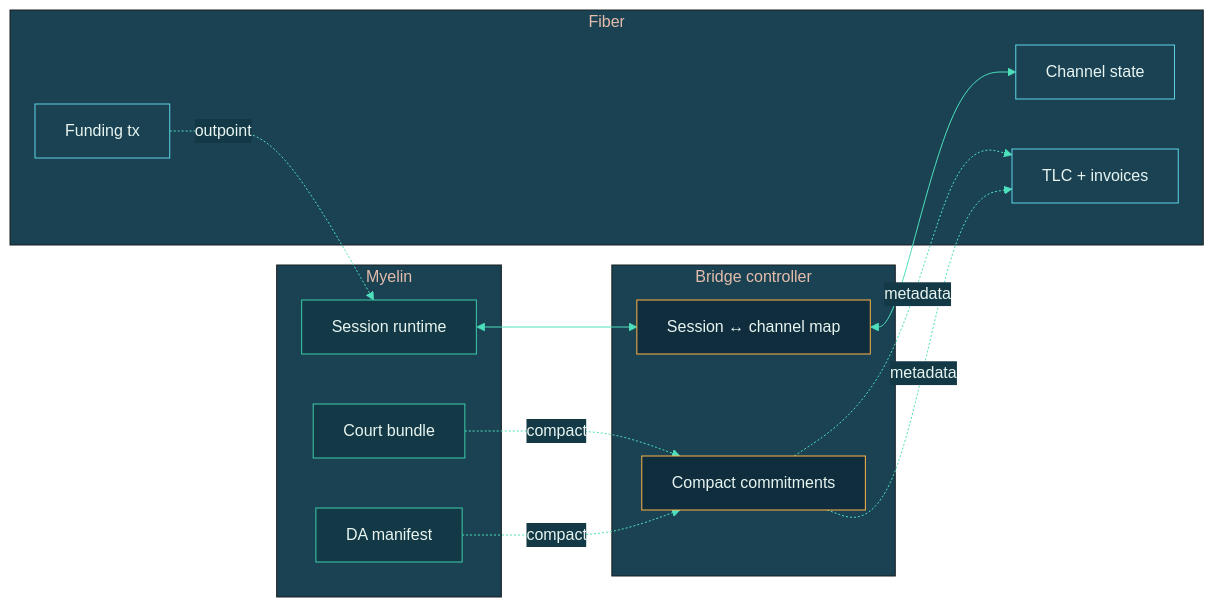
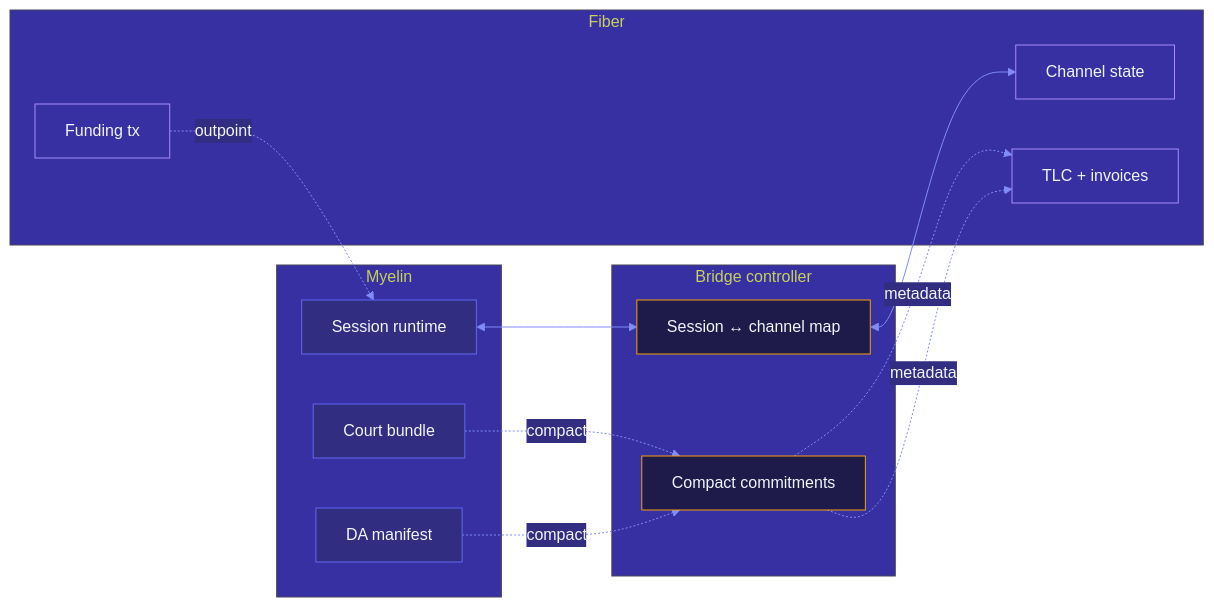
Before and after one commit to Myelin-Labs/Myelin: the first of 2 diagrams in docs/integrations/fiber.md, drawn with Mermaid. The commit also changed other lines of this file and 31 other files, not shown here.

````diff
--- a/docs/integrations/fiber.md
+++ b/docs/integrations/fiber.md
@@ -60,37 +60,37 @@
 ```mermaid
 %%{init: {
   "theme": "base",
   "themeVariables": {
-    "primaryColor": "#0F2D3D",
-    "primaryTextColor": "#E8F5F1",
-    "primaryBorderColor": "#3CCBAA",
-    "lineColor": "#4EE0BC",
-    "secondaryColor": "#143946",
-    "tertiaryColor": "#1A4253"
+    "primaryColor": "#1E1B4B",
+    "primaryTextColor": "#F1F5F9",
+    "primaryBorderColor": "#6366F1",
+    "lineColor": "#818CF8",
+    "secondaryColor": "#312E81",
+    "tertiaryColor": "#3730A3"
   }
 }}%%
 flowchart LR
     subgraph MY["Myelin"]
         M1["Session runtime"]:::my
         M2["Court bundle"]:::my
         M3["DA manifest"]:::my
     end
     subgraph BR["Bridge controller"]
         B1["Session ↔ channel map"]:::br
         B2["Compact commitments"]:::br
     end
     subgraph FB["Fiber"]
         F1["Channel state"]:::fb
         F2["TLC + invoices"]:::fb
         F3["Funding tx"]:::fb
     end
 
     M1 <--> B1 <--> F1
     M2 -.compact.-> B2 -.metadata.-> F2
     M3 -.compact.-> B2 -.metadata.-> F2
     F3 -.outpoint.-> M1
 
-    classDef my fill:#143946,stroke:#3CCBAA,color:#E8F5F1;
-    classDef br fill:#0F2D3D,stroke:#FFB347,color:#E8F5F1;
-    classDef fb fill:#1A4253,stroke:#5DD4E5,color:#E8F5F1;
+    classDef my fill:#312E81,stroke:#6366F1,color:#F1F5F9;
+    classDef br fill:#1E1B4B,stroke:#F59E0B,color:#F1F5F9;
+    classDef fb fill:#3730A3,stroke:#A78BFA,color:#F1F5F9;
 ```
````
